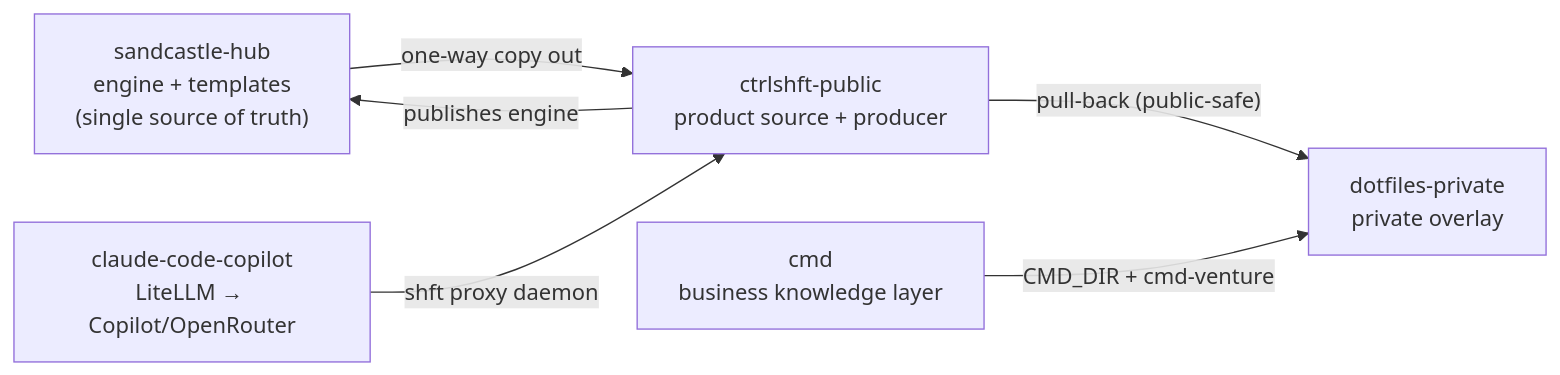
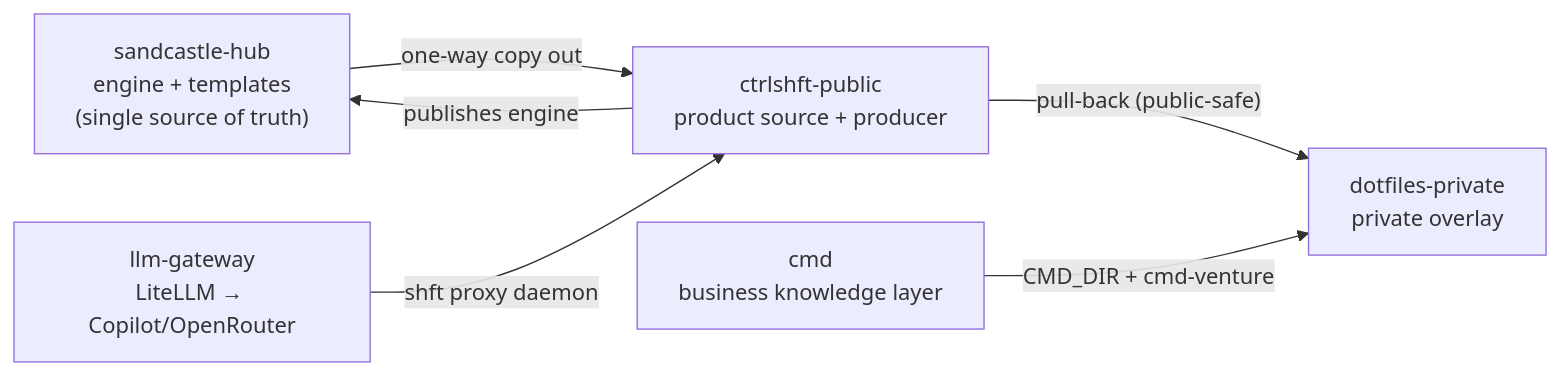
The first of 3 diagrams in README.md (arndvs/ctrlshft), drawn with Mermaid before and after one commit. The commit also changed other lines of this file and 8 other files, not shown here.

First line of the commit message:
chore(repo): update claude-code-copilot → llm-gateway references

````diff
--- a/README.md
+++ b/README.md
@@ -30,14 +30,14 @@
 ```mermaid
 graph LR
     HUB["sandcastle-hub<br/>engine + templates<br/>(single source of truth)"]
     PROD["ctrlshft-public<br/>product source + producer"]
     DOT["dotfiles-private<br/>private overlay"]
     CMD["cmd<br/>business knowledge layer"]
-    PROXY["claude-code-copilot<br/>LiteLLM → Copilot/OpenRouter"]
+    PROXY["llm-gateway<br/>LiteLLM → Copilot/OpenRouter"]
 
     PROD -->|"publishes engine"| HUB
     HUB -->|"one-way copy out"| PROD
     PROD -->|"pull-back (public-safe)"| DOT
     CMD -->|"CMD_DIR + cmd-venture"| DOT
     PROXY -->|"shft proxy daemon"| PROD
 ```
````
